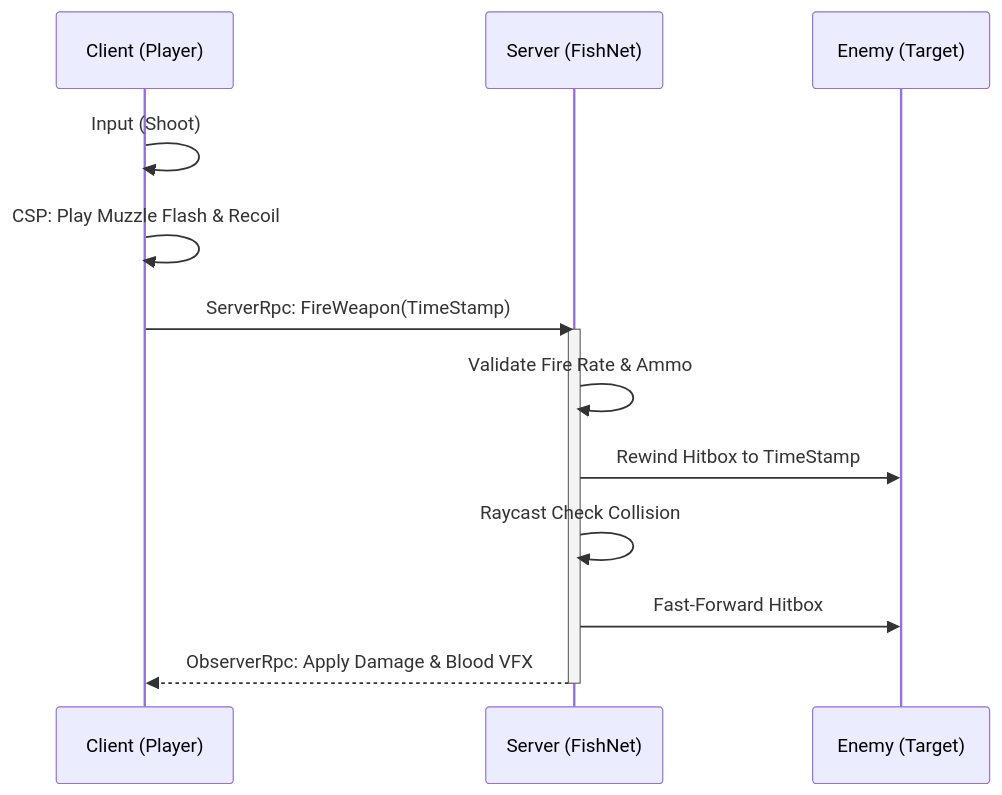
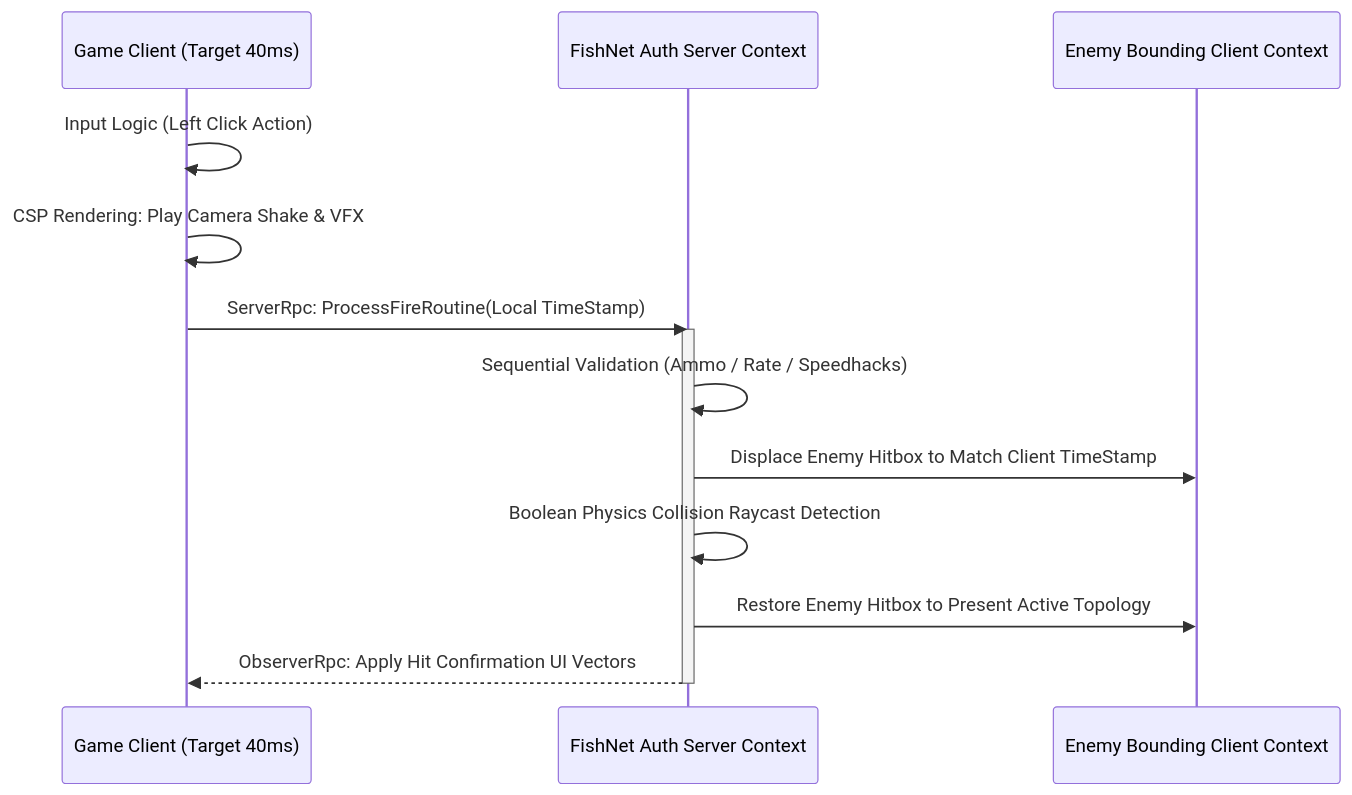
One commit to helis-d/ProjectZ changed the third of 5 diagrams in README.md. Above: the diagram before and after it, drawn with Mermaid. The commit also changed other lines of this file, not shown here.

````diff
--- a/README.md
+++ b/README.md
@@ -157,17 +180,17 @@
 ```mermaid
 sequenceDiagram
-    participant C as Client (Player)
-    participant S as Server (FishNet)
-    participant E as Enemy (Target)
+    participant C as Game Client (Target 40ms)
+    participant S as FishNet Auth Server Context
+    participant E as Enemy Bounding Client Context
     
-    C->>C: Input (Shoot)
-    C->>C: CSP: Play Muzzle Flash & Recoil
-    C->>S: ServerRpc: FireWeapon(TimeStamp)
+    C->>C: Input Logic (Left Click Action)
+    C->>C: CSP Rendering: Play Camera Shake & VFX
+    C->>S: ServerRpc: ProcessFireRoutine(Local TimeStamp)
     activate S
-    S->>S: Validate Fire Rate & Ammo
-    S->>E: Rewind Hitbox to TimeStamp
-    S->>S: Raycast Check Collision
-    S->>E: Fast-Forward Hitbox
-    S-->>C: ObserverRpc: Apply Damage & Blood VFX
+    S->>S: Sequential Validation (Ammo / Rate / Speedhacks)
+    S->>E: Displace Enemy Hitbox to Match Client TimeStamp
+    S->>S: Boolean Physics Collision Raycast Detection
+    S->>E: Restore Enemy Hitbox to Present Active Topology
+    S-->>C: ObserverRpc: Apply Hit Confirmation UI Vectors
     deactivate S
 ```
````
